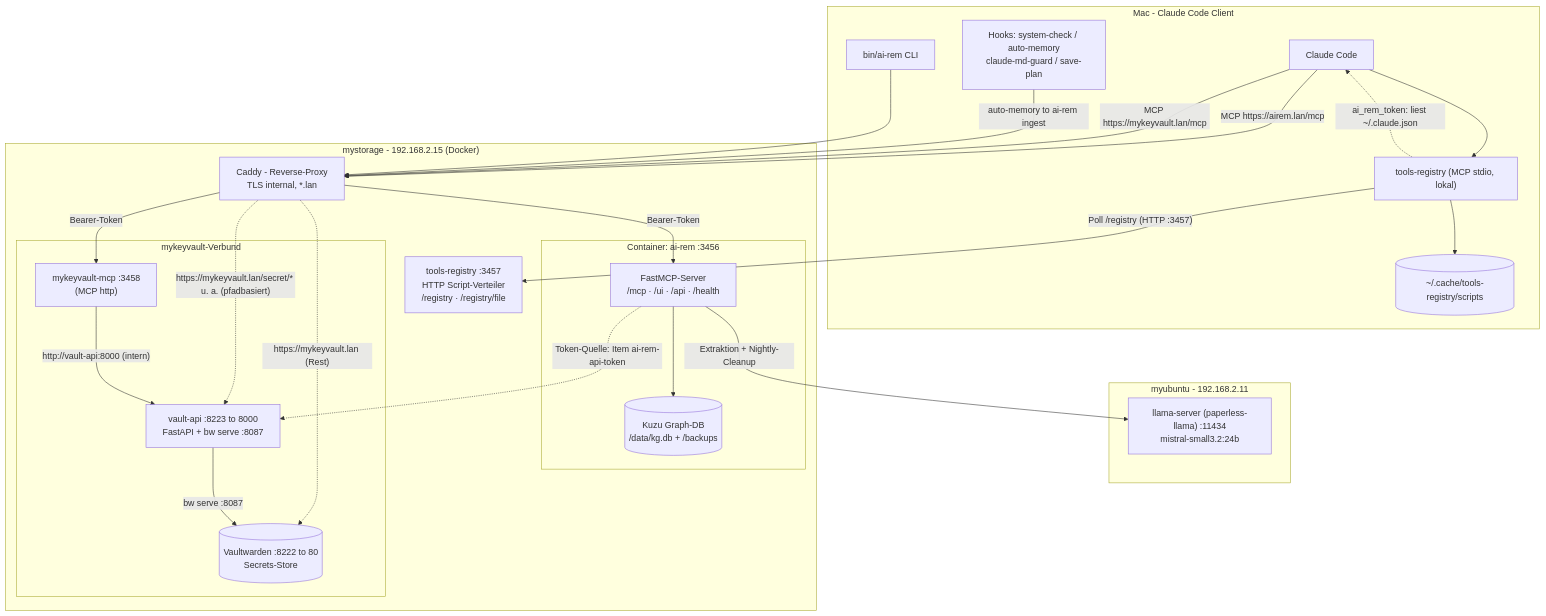
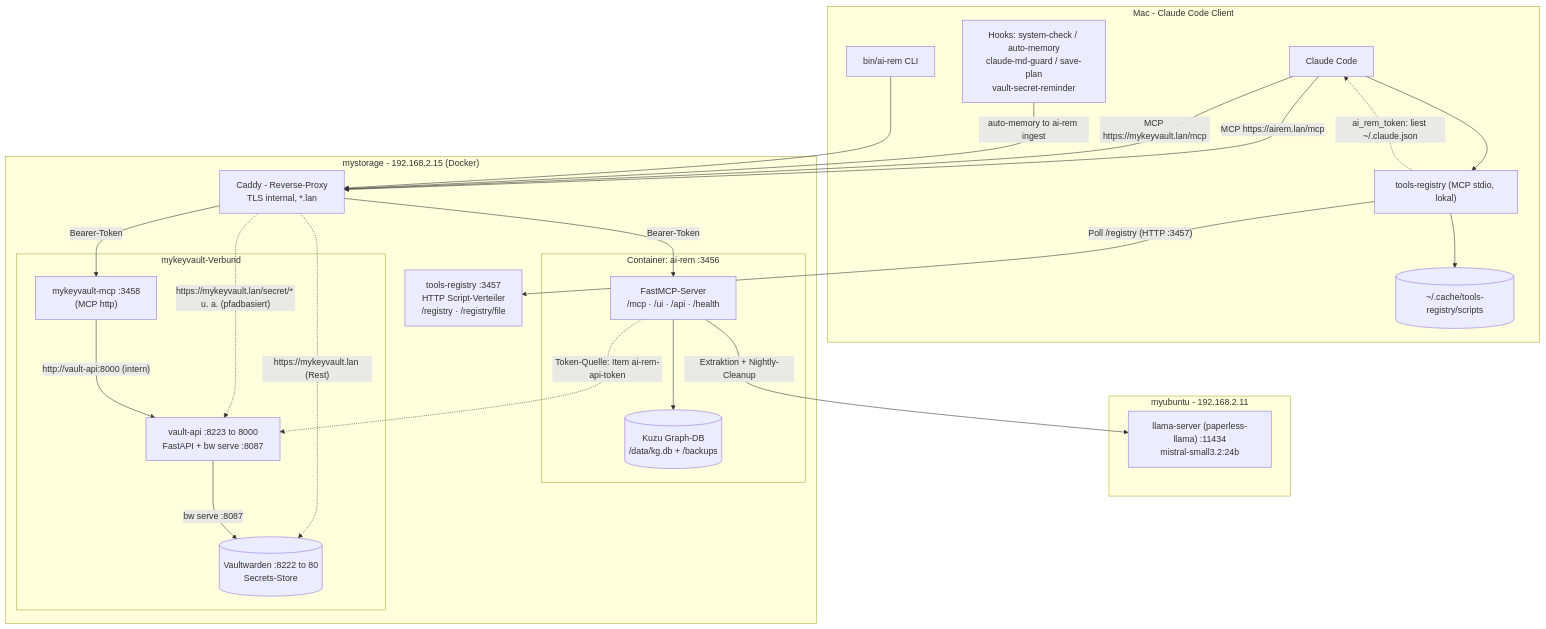
Before and after one commit to markus7h/ai-rem: the diagram in docs/architecture.md, drawn with Mermaid. The commit also changed 11 other files, not shown here.

First line of the commit message:
feat(hooks): Vault-Secret-Reminder — Auth-Fehler statt Login-Rückfrage (#102)

````diff
--- a/docs/architecture.md
+++ b/docs/architecture.md
@@ -11,55 +11,55 @@
 ```mermaid
 flowchart TB
   subgraph MAC["Mac - Claude Code Client"]
     CC["Claude Code"]
-    HOOKS["Hooks: system-check / auto-memory<br/>claude-md-guard / save-plan"]
+    HOOKS["Hooks: system-check / auto-memory<br/>claude-md-guard / save-plan<br/>vault-secret-reminder"]
     CLI["bin/ai-rem CLI"]
     TMCP["tools-registry (MCP stdio, lokal)"]
     CACHE[("~/.cache/tools-registry/scripts")]
   end
 
   subgraph UBU["myubuntu - 192.168.2.11"]
     OLLAMA["llama-server (paperless-llama) :11434<br/>mistral-small3.2:24b"]
   end
 
   subgraph STORAGE["mystorage - 192.168.2.15 (Docker)"]
     CADDY["Caddy - Reverse-Proxy<br/>TLS internal, *.lan"]
     subgraph AIREM_C["Container: ai-rem :3456"]
       AIREM["FastMCP-Server<br/>/mcp · /ui · /api · /health"]
       KUZU[("Kuzu Graph-DB<br/>/data/kg.db + /backups")]
     end
     subgraph KV["mykeyvault-Verbund"]
       KVMCP["mykeyvault-mcp :3458<br/>(MCP http)"]
       VAPI["vault-api :8223 to 8000<br/>FastAPI + bw serve :8087"]
       VW[("Vaultwarden :8222 to 80<br/>Secrets-Store")]
     end
     REG["tools-registry :3457<br/>HTTP Script-Verteiler<br/>/registry · /registry/file"]
   end
 
   %% MCP-Kanaele (Bearer-Token ai-rem-api-token)
   CC -- "MCP https://airem.lan/mcp" --> CADDY
   CC -- "MCP https://mykeyvault.lan/mcp" --> CADDY
   CADDY -- "Bearer-Token" --> AIREM
   CADDY -- "Bearer-Token" --> KVMCP
   CADDY -. "https://mykeyvault.lan/secret/* u. a. (pfadbasiert)" .-> VAPI
   CADDY -. "https://mykeyvault.lan (Rest)" .-> VW
 
   %% tools-registry lokal
   CC --> TMCP
   TMCP -- "Poll /registry (HTTP :3457)" --> REG
   TMCP --> CACHE
   TMCP -. "ai_rem_token: liest ~/.claude.json" .-> CC
 
   %% Hooks und CLI
   HOOKS -- "auto-memory to ai-rem ingest" --> CADDY
   CLI --> CADDY
 
   %% ai-rem Abhaengigkeiten
   AIREM --> KUZU
   AIREM -- "Extraktion + Nightly-Cleanup" --> OLLAMA
 
   %% Secrets-Fluss
   KVMCP -- "http://vault-api:8000 (intern)" --> VAPI
   VAPI -- "bw serve :8087" --> VW
   AIREM -. "Token-Quelle: Item ai-rem-api-token" .-> VAPI
 ```
````
